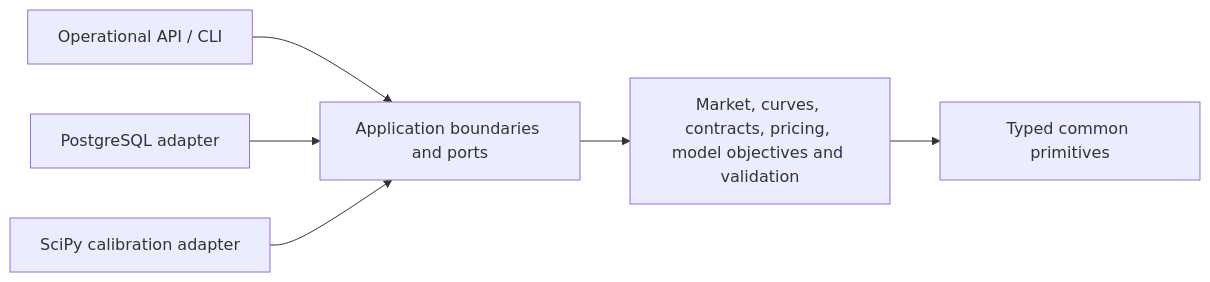
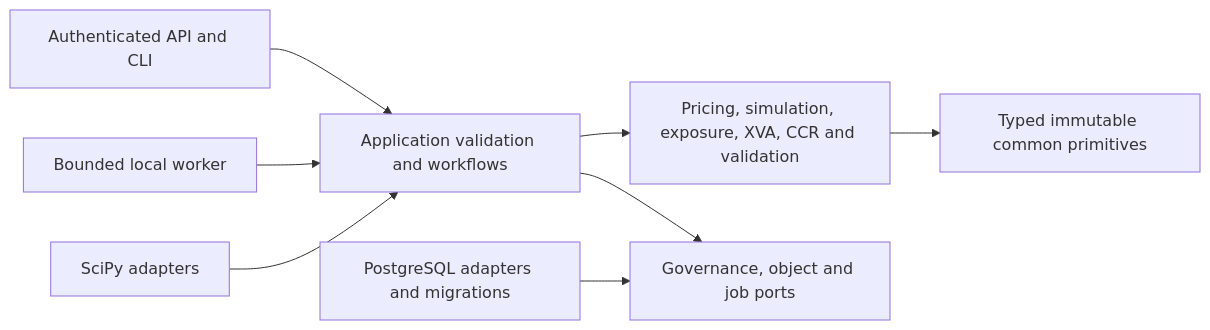
The diagram in README.md (vaibhav7506/parallax-risk), drawn with Mermaid before and after one commit. The commit also changed other lines of this file and 1 other file, not shown here.

````diff
--- a/README.md
+++ b/README.md
@@ -29,8 +18,10 @@
 ```mermaid
 flowchart LR
-    API[Operational API / CLI] --> APP[Application boundaries and ports]
-    APP --> DOMAIN[Market, curves, contracts, pricing, model objectives and validation]
-    DOMAIN --> CORE[Typed common primitives]
-    DB[PostgreSQL adapter] --> APP
-    SOLVER[SciPy calibration adapter] --> APP
+    CLIENT[Authenticated API and CLI] --> SERVICE[Application validation and workflows]
+    SERVICE --> DOMAIN[Pricing, simulation, exposure, XVA, CCR and validation]
+    DOMAIN --> COMMON[Typed immutable common primitives]
+    SERVICE --> PORTS[Governance, object and job ports]
+    POSTGRES[PostgreSQL adapters and migrations] --> PORTS
+    WORKER[Bounded local worker] --> SERVICE
+    SOLVER[SciPy adapters] --> SERVICE
 ```
````
